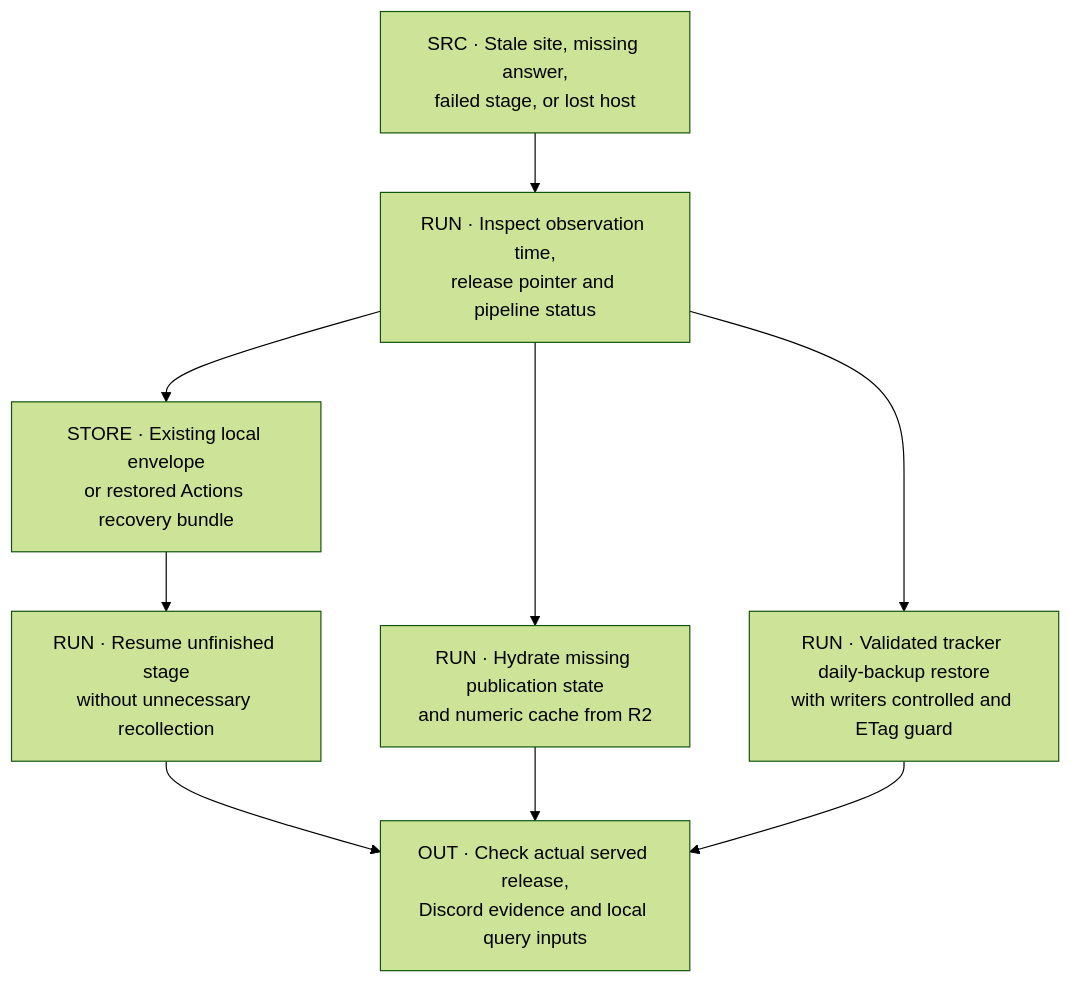
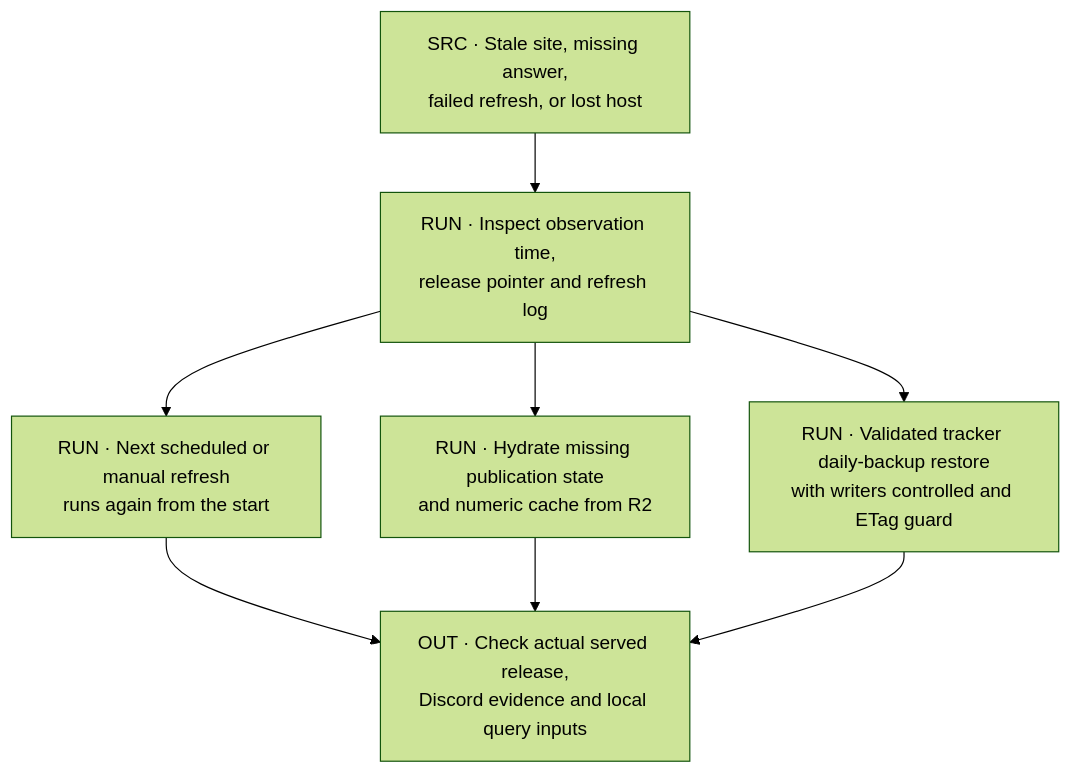
The fifth of 5 diagrams in atlas/OPERATIONS.md (raymdl/kdm-bf6-rankings), drawn with Mermaid (forest theme) before and after one commit. The commit also changed other lines of this file and 10 other files, not shown here.

First line of the commit message:
Refresh the public atlas and the site guides for the 30 October changes

````diff
--- a/atlas/OPERATIONS.md
+++ b/atlas/OPERATIONS.md
@@ -151,18 +149,16 @@
 ```mermaid
 flowchart TB
-  INCIDENT["SRC · Stale site, missing answer,<br/>failed stage, or lost host"]
-  STATUS["RUN · Inspect observation time,<br/>release pointer and pipeline status"]
-  ENVELOPE["STORE · Existing local envelope<br/>or restored Actions recovery bundle"]
-  RETRY["RUN · Resume unfinished stage<br/>without unnecessary recollection"]
+  INCIDENT["SRC · Stale site, missing answer,<br/>failed refresh, or lost host"]
+  STATUS["RUN · Inspect observation time,<br/>release pointer and refresh log"]
+  RETRY["RUN · Next scheduled or manual refresh<br/>runs again from the start"]
   LOCAL["RUN · Hydrate missing publication state<br/>and numeric cache from R2"]
   BACKUP["RUN · Validated tracker daily-backup restore<br/>with writers controlled and ETag guard"]
   VERIFY["OUT · Check actual served release,<br/>Discord evidence and local query inputs"]
   INCIDENT --> STATUS
-  STATUS --> ENVELOPE
-  ENVELOPE --> RETRY
+  STATUS --> RETRY
   STATUS --> LOCAL
   STATUS --> BACKUP
   RETRY --> VERIFY
   LOCAL --> VERIFY
   BACKUP --> VERIFY
 ```
````
